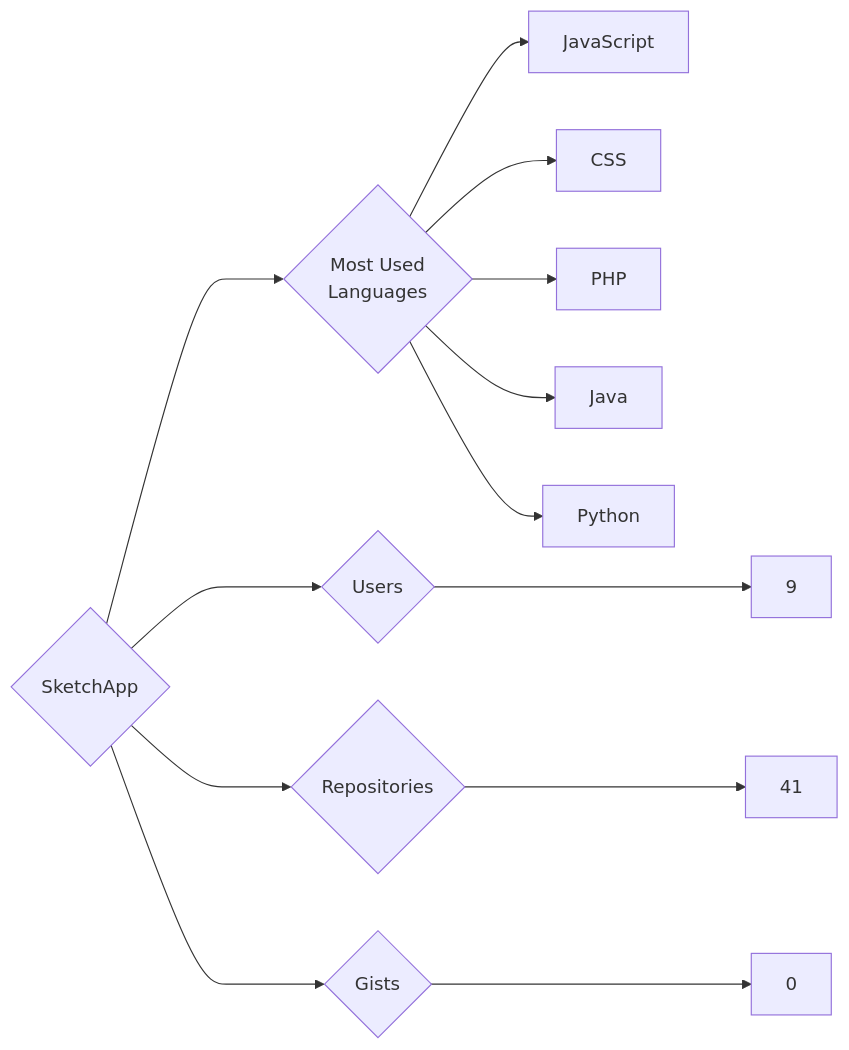
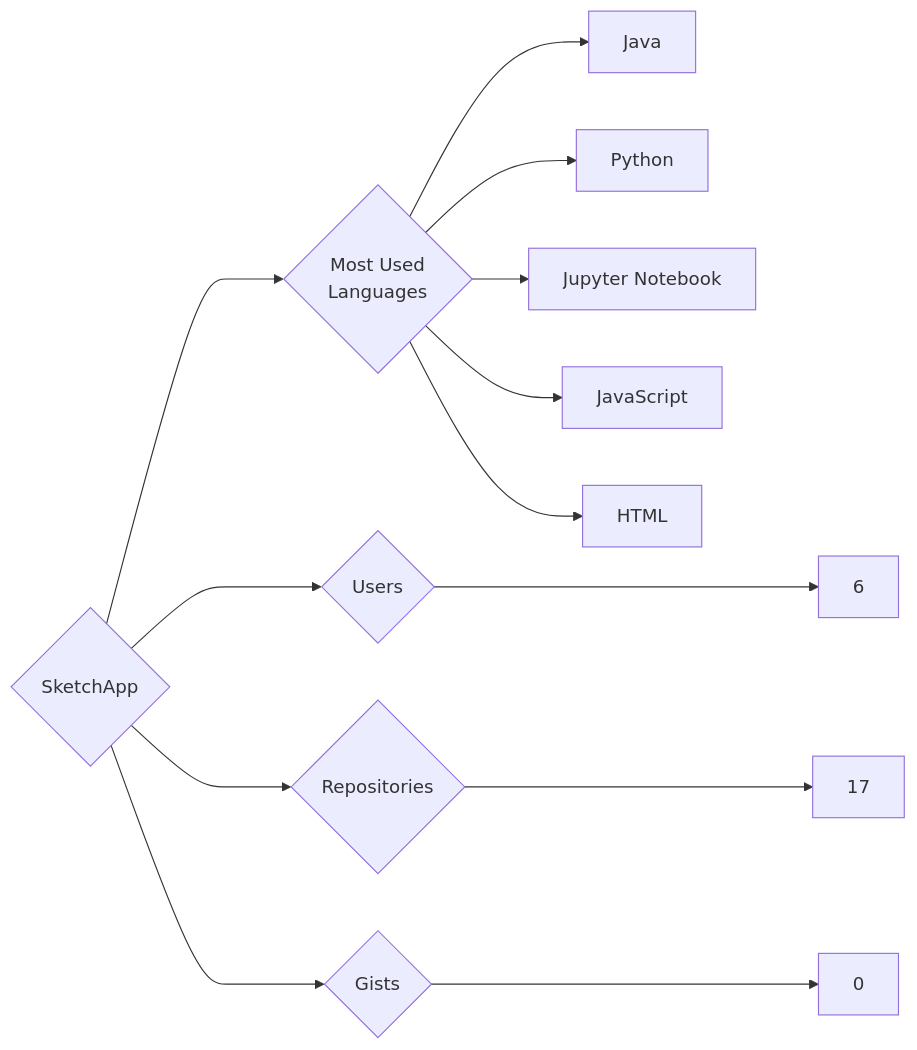
One commit to trickest/insiders changed the diagram in targets/SketchApp/README.md. Above: the diagram before and after it, drawn with Mermaid. The commit also changed 1479 other files, not shown here.

````diff
--- a/targets/SketchApp/README.md
+++ b/targets/SketchApp/README.md
@@ -3,13 +3,13 @@
 ```mermaid
 graph LR
 COMPANY_NAME{SketchApp}
-COMPANY_NAME ---> U{Users} ---> UN[9]
-COMPANY_NAME ---> R{Repositories} ---> RN[41]
+COMPANY_NAME ---> U{Users} ---> UN[6]
+COMPANY_NAME ---> R{Repositories} ---> RN[17]
 COMPANY_NAME ---> G{Gists} ---> GN[0]
 COMPANY_NAME ---> ML{Most Used<br>Languages}
-ML --> JavaScript[JavaScript]
-ML --> CSS[CSS]
-ML --> PHP[PHP]
 ML --> Java[Java]
 ML --> Python[Python]
+ML --> Jupyter_Notebook[Jupyter Notebook]
+ML --> JavaScript[JavaScript]
+ML --> HTML[HTML]
 ```
````
